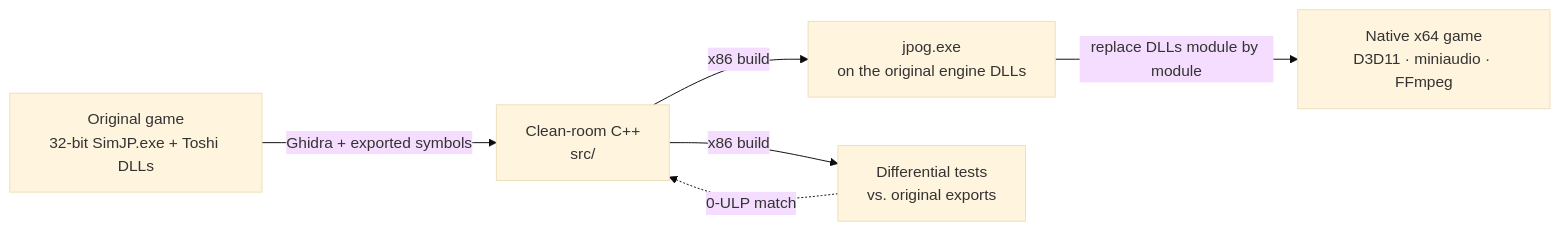
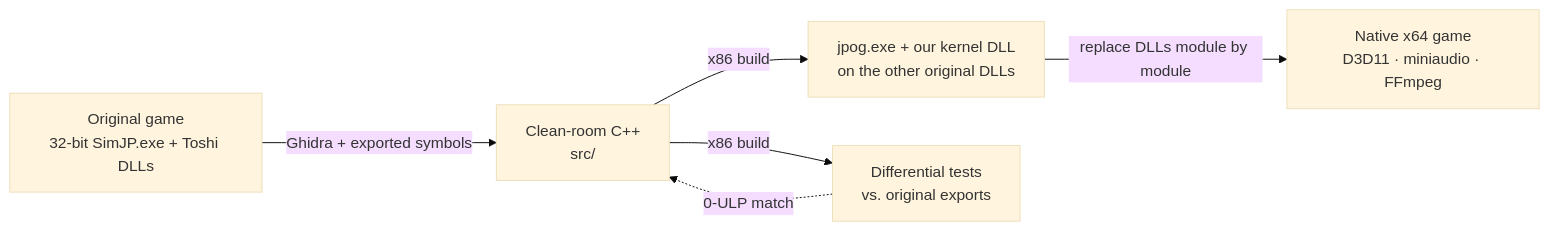
The diagram in README.md (Voikanaa/jpog-decomp), drawn with Mermaid (base theme) before and after one commit. The commit also changed other lines of this file and 15 other files, not shown here.

First line of the commit message:
Kernel: drop-in TKernelInterface.dll; jpog.exe runs Launch 1 on our kernel

````diff
--- a/README.md
+++ b/README.md
@@ -44,8 +44,8 @@
 ```mermaid
 flowchart LR
     A["Original game<br/>32-bit SimJP.exe + Toshi DLLs"] -->|"Ghidra + exported symbols"| B["Clean-room C++<br/>src/"]
-    B -->|"x86 build"| C["jpog.exe<br/>on the original engine DLLs"]
+    B -->|"x86 build"| C["jpog.exe + our kernel DLL<br/>on the other original DLLs"]
     B -->|"x86 build"| T["Differential tests<br/>vs. original exports"]
     T -.->|"0-ULP match"| B
     C -->|"replace DLLs module by module"| D["Native x64 game<br/>D3D11 · miniaudio · FFmpeg"]
 ```
````
